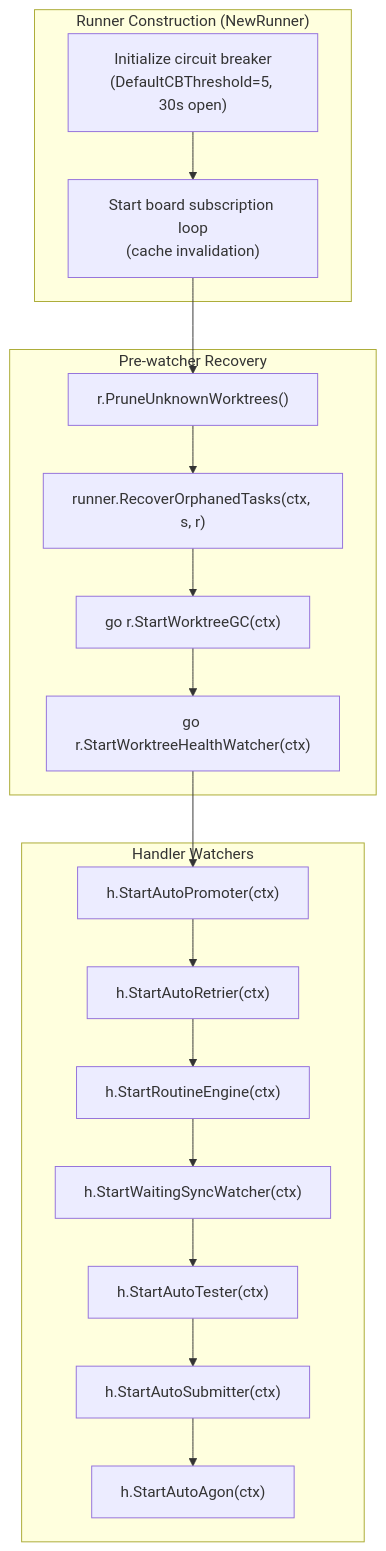
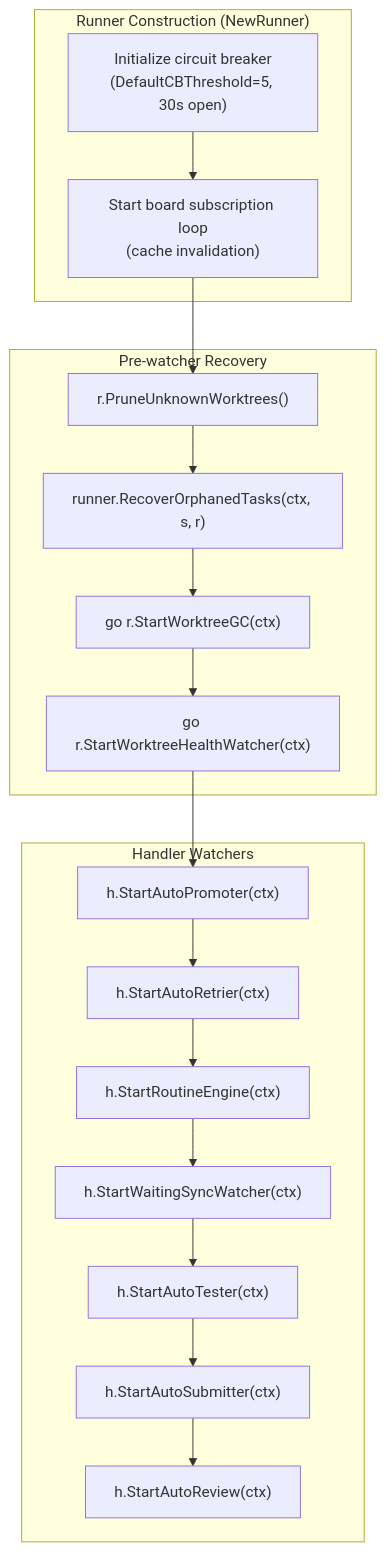
Before and after one commit to changkun/wallfacer: the first of 5 diagrams in docs/internals/automation.md, drawn with Mermaid. The commit also changed other lines of this file and 63 other files, not shown here.

First line of the commit message:
refactor(review): scrub the agon name from wallfacer

````diff
--- a/docs/internals/automation.md
+++ b/docs/internals/automation.md
@@ -31,27 +31,27 @@
 ```mermaid
 flowchart TD
     subgraph "Runner Construction (NewRunner)"
         A1["Initialize circuit breaker<br/>(DefaultCBThreshold=5, 30s open)"]
         A2["Start board subscription loop<br/>(cache invalidation)"]
     end
 
     subgraph "Pre-watcher Recovery"
         B1["r.PruneUnknownWorktrees()"]
         B2["runner.RecoverOrphanedTasks(ctx, s, r)"]
         B3["go r.StartWorktreeGC(ctx)"]
         B4["go r.StartWorktreeHealthWatcher(ctx)"]
     end
 
     subgraph "Handler Watchers"
         C1["h.StartAutoPromoter(ctx)"]
         C2["h.StartAutoRetrier(ctx)"]
         C3["h.StartRoutineEngine(ctx)"]
         C4["h.StartWaitingSyncWatcher(ctx)"]
         C5["h.StartAutoTester(ctx)"]
         C6["h.StartAutoSubmitter(ctx)"]
-        C7["h.StartAutoAgon(ctx)"]
+        C7["h.StartAutoReview(ctx)"]
     end
 
     A1 --> A2 --> B1 --> B2 --> B3 --> B4
     B4 --> C1 --> C2 --> C3 --> C4 --> C5 --> C6 --> C7
 ```
````
